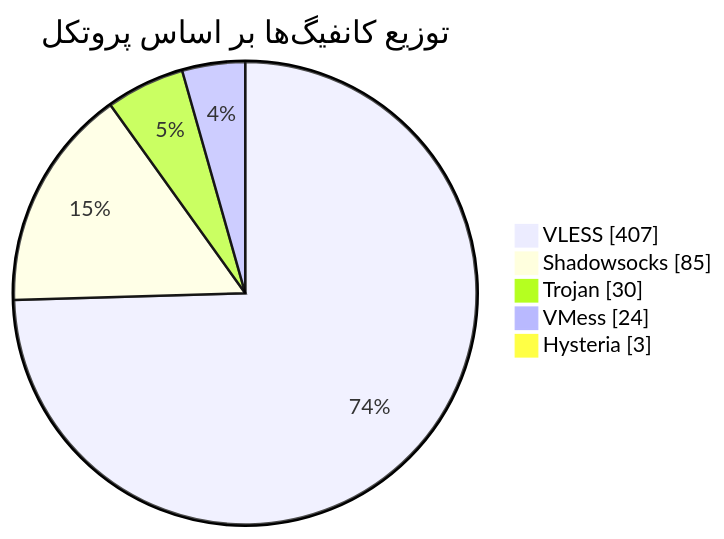
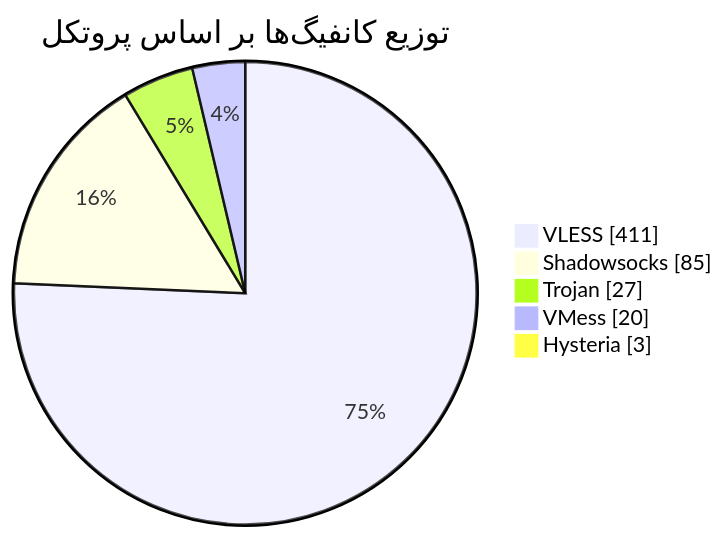
One commit to Arian-Alijani/Somthing changed the diagram in README.md. Above: the diagram before and after it, drawn with Mermaid. The commit also changed other lines of this file and 83 other files, not shown here.

````diff
--- a/README.md
+++ b/README.md
@@ -47,9 +47,9 @@
 ```mermaid
 pie showData
     title توزیع کانفیگ‌ها بر اساس پروتکل
-    "VLESS" : 407
+    "VLESS" : 411
     "Shadowsocks" : 85
-    "Trojan" : 30
-    "VMess" : 24
+    "Trojan" : 27
+    "VMess" : 20
     "Hysteria" : 3
 ```
````
